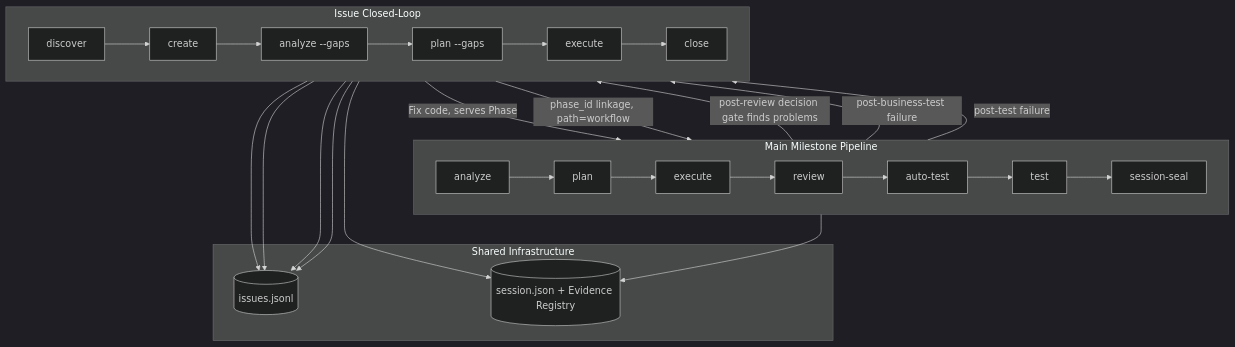
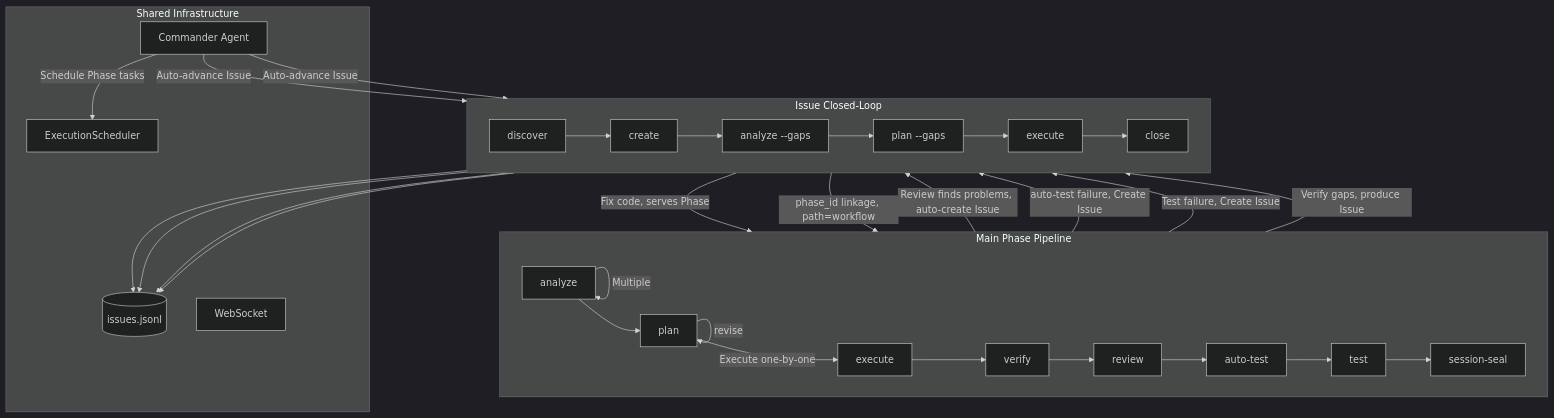
The second of 2 diagrams in docs-site/src/content/docs/en/guides/command-usage-guide.md (KatouRyuuji/maestro-flow), drawn with Mermaid (dark theme) before and after one commit. The commit also changed other lines of this file and 618 other files, not shown here.

````diff
--- a/docs-site/src/content/docs/en/guides/command-usage-guide.md
+++ b/docs-site/src/content/docs/en/guides/command-usage-guide.md
@@ -119,33 +115,39 @@
 ```mermaid
 graph TB
-    subgraph phase_pipeline["Main Milestone Pipeline"]
+    subgraph phase_pipeline["Main Phase Pipeline"]
         direction LR
-        AN["analyze"] --> PL["plan"] --> EX["execute"] --> RV["review"]
-        RV --> QBT["auto-test"] --> TT["test"] --> MA["session-seal"]
+        AN["analyze"] -->|"Multiple"| AN
+        AN --> PL["plan"] -->|"revise"| PL -->|"Execute one-by-one"| EX["execute"] --> VF["verify"]
+        VF --> QR["review"] --> QBT["auto-test"] --> QT["test"] --> MA["session-seal"]
     end
 
     subgraph issue_loop["Issue Closed-Loop"]
         direction LR
         ID["discover"] --> IC["create"] --> IA["analyze --gaps"]
         IA --> IP["plan --gaps"] --> IE["execute"] --> ICL["close"]
     end
 
     subgraph shared["Shared Infrastructure"]
         JSONL[("issues.jsonl")]
-        SESS[("session.json + Evidence Registry")]
+        CMD["Commander Agent"]
+        SCHED["ExecutionScheduler"]
+        WS["WebSocket"]
     end
 
-    RV -->|"post-review decision gate finds problems"| IC
-    QBT -->|"post-business-test failure"| IC
-    TT -->|"post-test failure"| IC
+    QR -->|"Review finds problems, auto-create Issue"| IC
+    QBT -->|"auto-test failure, Create Issue"| IC
+    QT -->|"Test failure, Create Issue"| IC
+    VF -->|"Verify gaps, produce Issue"| IC
 
     IC -->|"phase_id linkage, path=workflow"| phase_pipeline
     IE -->|"Fix code, serves Phase"| EX
+
+    CMD -->|"Schedule Phase tasks"| SCHED
+    CMD -->|"Auto-advance Issue"| IA
+    CMD -->|"Auto-advance Issue"| IP
 
     IC --> JSONL
     IA --> JSONL
     IP --> JSONL
     IE --> JSONL
-    phase_pipeline --> SESS
-    issue_loop --> SESS
 ```
````
